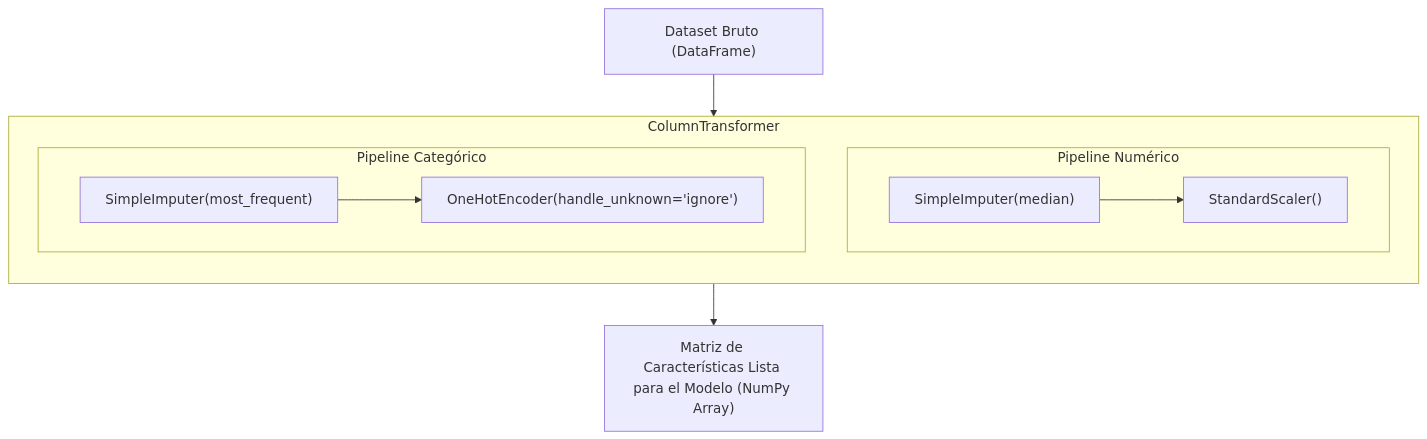
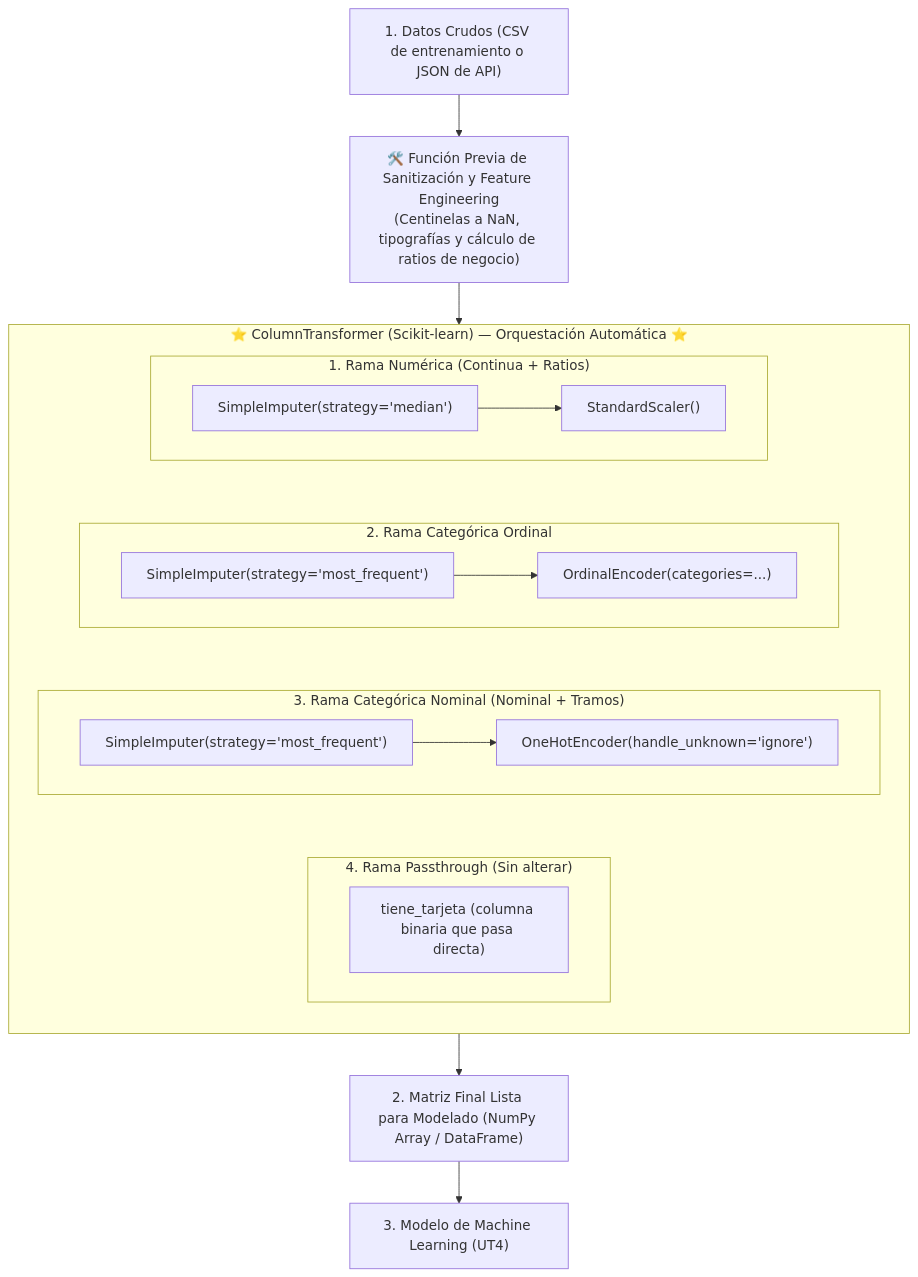
One commit to acamarac02/DevTacora changed the fourth of 4 diagrams in docs/02_pia_2627/ut3_preparacion_analisis_datos/8-pipelines-columntransformer.md. Above: the diagram before and after it, drawn with Mermaid. The commit also changed other lines of this file, not shown here.

````diff
--- a/docs/02_pia_2627/ut3_preparacion_analisis_datos/8-pipelines-columntransformer.md
+++ b/docs/02_pia_2627/ut3_preparacion_analisis_datos/8-pipelines-columntransformer.md
@@ -38,16 +136,36 @@
 ```mermaid
 flowchart TD
-    Raw["Dataset Bruto (DataFrame)"] --> CT["ColumnTransformer"]
+    Raw["1. Datos Crudos (CSV de entrenamiento o JSON de API)"] --> Pre["🛠️ Función Previa de Sanitización y Feature Engineering<br/>(Centinelas a NaN, tipografías y cálculo de ratios de negocio)"]
     
-    subgraph CT ["ColumnTransformer"]
+    Pre --> CT
+    
+    subgraph CT ["⭐ ColumnTransformer (Scikit-learn) — Orquestación Automática ⭐"]
         direction TB
-        subgraph P1 ["Pipeline Numérico"]
-            N1["SimpleImputer(median)"] --> N2["StandardScaler()"]
+        
+        subgraph SubNum ["1. Rama Numérica (Continua + Ratios)"]
+            direction LR
+            N1["SimpleImputer(strategy='median')"] --> N2["StandardScaler()"]
         end
-        subgraph P2 ["Pipeline Categórico"]
-            C1["SimpleImputer(most_frequent)"] --> C2["OneHotEncoder(handle_unknown='ignore')"]
+        
+        subgraph SubOrd ["2. Rama Categórica Ordinal"]
+            direction LR
+            O1["SimpleImputer(strategy='most_frequent')"] --> O2["OrdinalEncoder(categories=...)"]
         end
+        
+        subgraph SubNom ["3. Rama Categórica Nominal (Nominal + Tramos)"]
+            direction LR
+            H1["SimpleImputer(strategy='most_frequent')"] --> H2["OneHotEncoder(handle_unknown='ignore')"]
+        end
+        
+        subgraph SubPass ["4. Rama Passthrough (Sin alterar)"]
+            P1["tiene_tarjeta (columna binaria que pasa directa)"]
+        end
+        
+        SubNum ~~~ SubOrd
+        SubOrd ~~~ SubNom
+        SubNom ~~~ SubPass
     end
-
-    CT --> Clean["Matriz de Características Lista para el Modelo (NumPy Array)"]
+    
+    CT --> Final["2. Matriz Final Lista para Modelado (NumPy Array / DataFrame)"]
+    Final --> Model["3. Modelo de Machine Learning (UT4)"]
 ```
````
